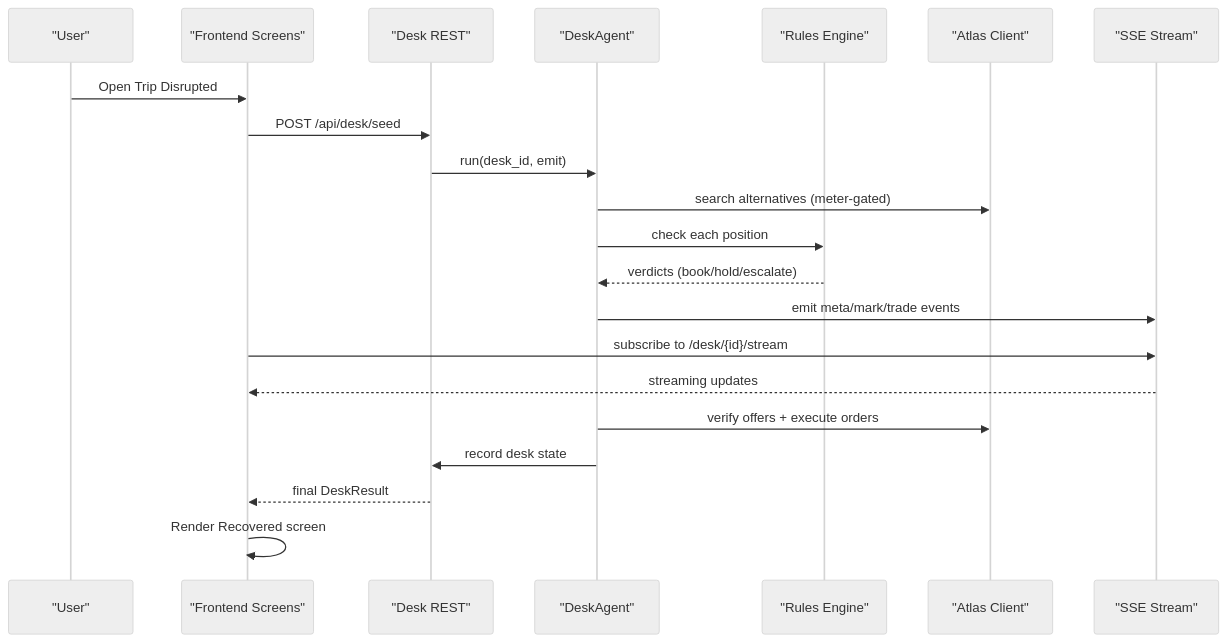
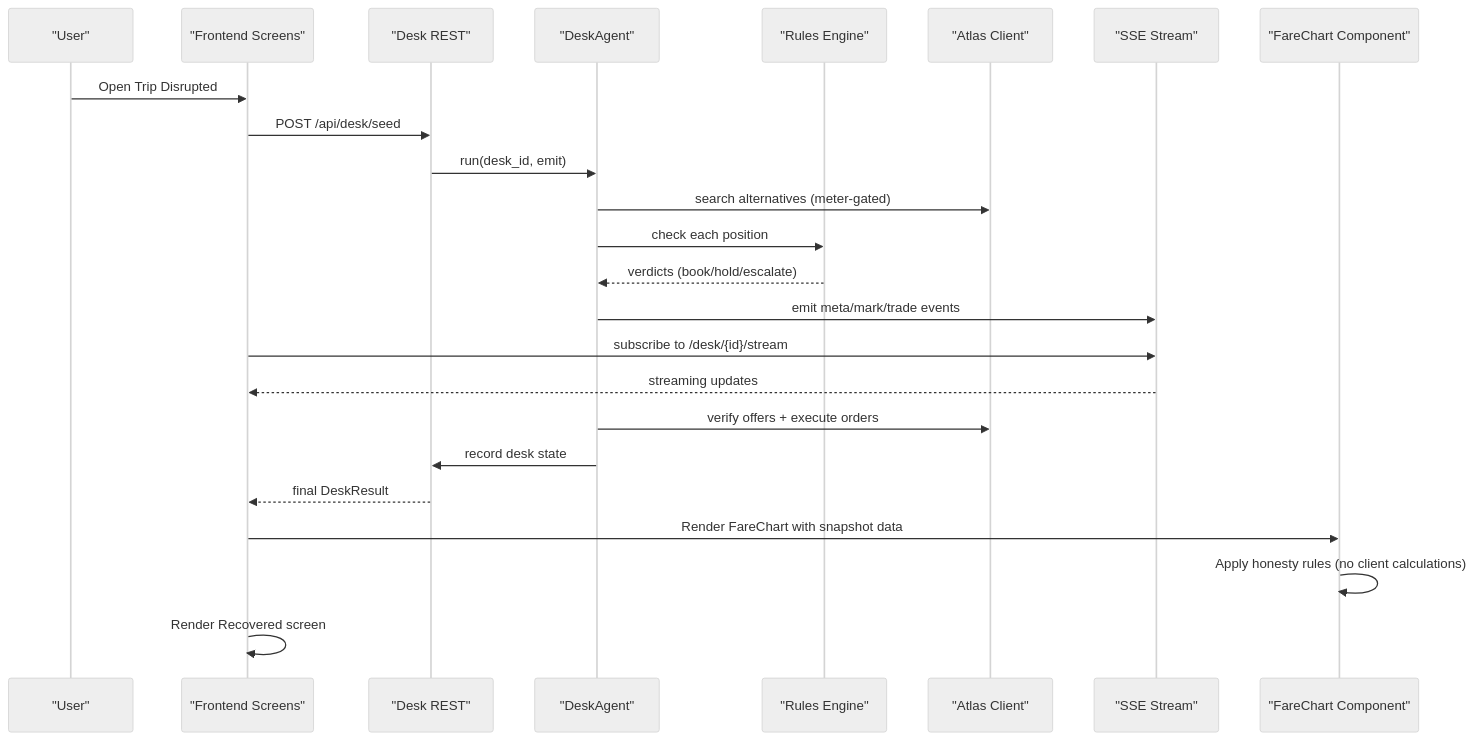
The second of 3 diagrams in .qoder/repowiki/en/content/Product Design/Trip Disruption Screen.md (jaydonnnk/waypoint), drawn with Mermaid (neutral theme) before and after one commit. The commit also changed other lines of this file and 20 other files, not shown here.

````diff
--- a/.qoder/repowiki/en/content/Product Design/Trip Disruption Screen.md
+++ b/.qoder/repowiki/en/content/Product Design/Trip Disruption Screen.md
@@ -92,23 +102,26 @@
 ```mermaid
 sequenceDiagram
 participant User as "User"
 participant FE as "Frontend Screens"
 participant API as "Desk REST"
 participant Agent as "DeskAgent"
 participant Rules as "Rules Engine"
 participant Atlas as "Atlas Client"
 participant SSE as "SSE Stream"
+participant Chart as "FareChart Component"
 User->>FE : Open Trip Disrupted
 FE->>API : POST /api/desk/seed
 API->>Agent : run(desk_id, emit)
 Agent->>Atlas : search alternatives (meter-gated)
 Agent->>Rules : check each position
 Rules-->>Agent : verdicts (book/hold/escalate)
 Agent->>SSE : emit meta/mark/trade events
 FE->>SSE : subscribe to /desk/{id}/stream
 SSE-->>FE : streaming updates
 Agent->>Atlas : verify offers + execute orders
 Agent->>API : record desk state
 API-->>FE : final DeskResult
+FE->>Chart : Render FareChart with snapshot data
+Chart->>Chart : Apply honesty rules (no client calculations)
 FE->>FE : Render Recovered screen
 ```
````
